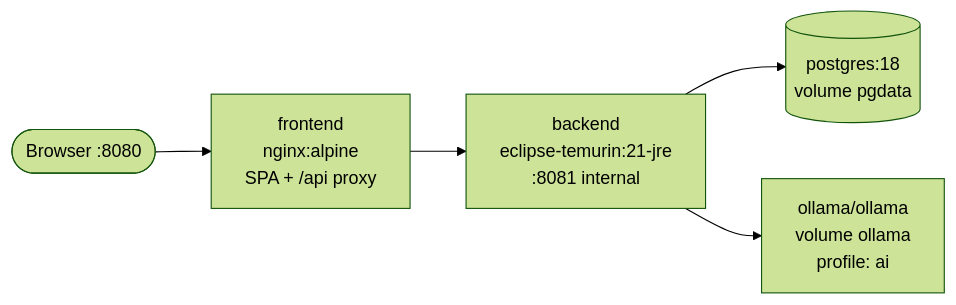
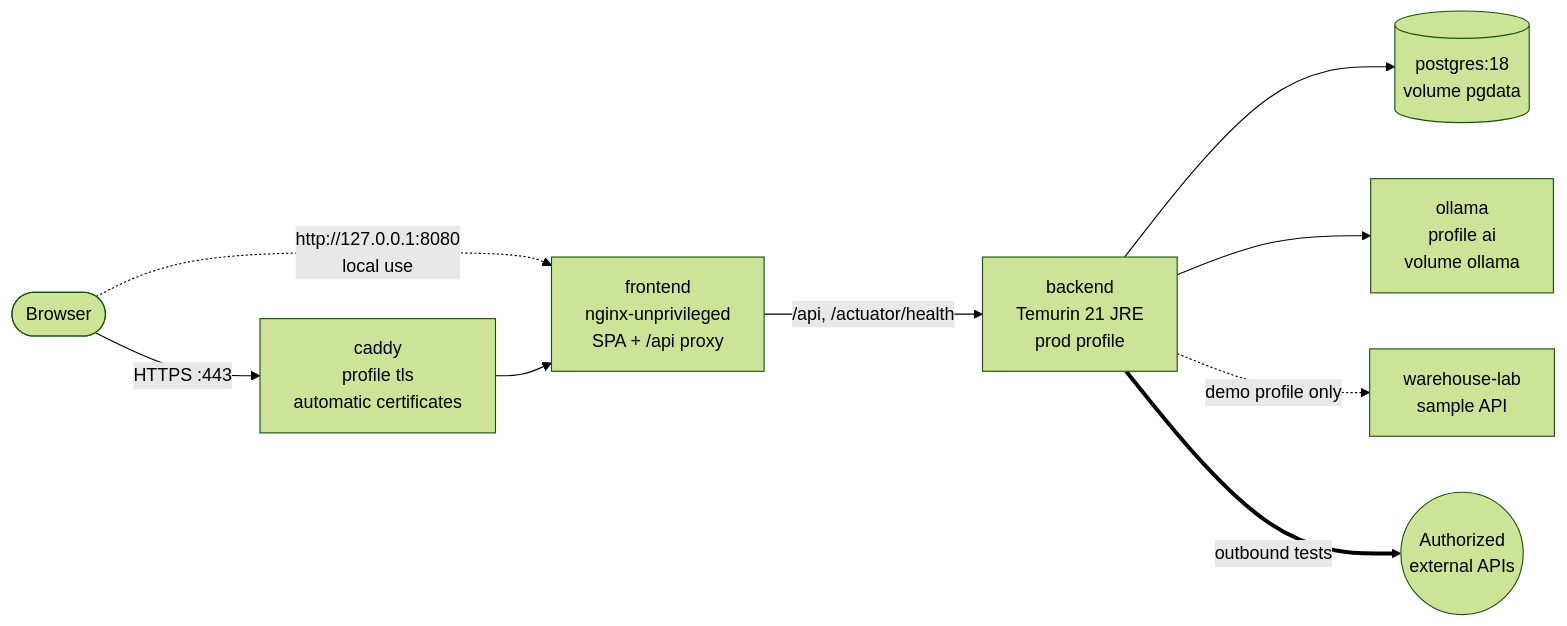
Before and after one commit to alifsafiuddin/APIForge: the diagram in docs/DEPLOYMENT.md, drawn with Mermaid (forest theme). The commit also changed other lines of this file and 26 other files, not shown here.

````diff
--- a/docs/DEPLOYMENT.md
+++ b/docs/DEPLOYMENT.md
@@ -17,7 +19,11 @@
 ```mermaid
 flowchart LR
-    user([Browser :8080]) --> fe[frontend<br/>nginx:alpine<br/>SPA + /api proxy]
-    fe --> be[backend<br/>eclipse-temurin:21-jre<br/>:8081 internal]
+    user([Browser]) -->|HTTPS :443| caddy[caddy<br/>profile tls<br/>automatic certificates]
+    user -.->|http://127.0.0.1:8080<br/>local use| fe
+    caddy --> fe[frontend<br/>nginx-unprivileged<br/>SPA + /api proxy]
+    fe -->|/api, /actuator/health| be[backend<br/>Temurin 21 JRE<br/>prod profile]
     be --> pg[(postgres:18<br/>volume pgdata)]
-    be --> ol[ollama/ollama<br/>volume ollama<br/>profile: ai]
+    be --> ol[ollama<br/>profile ai<br/>volume ollama]
+    be -.->|demo profile only| lab[warehouse-lab<br/>sample API]
+    be ==>|outbound tests| internet((Authorized<br/>external APIs))
 ```
````
